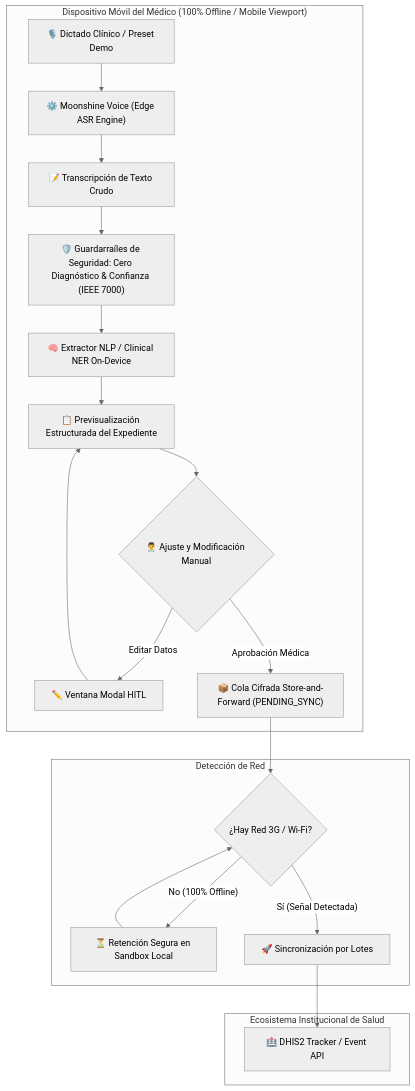
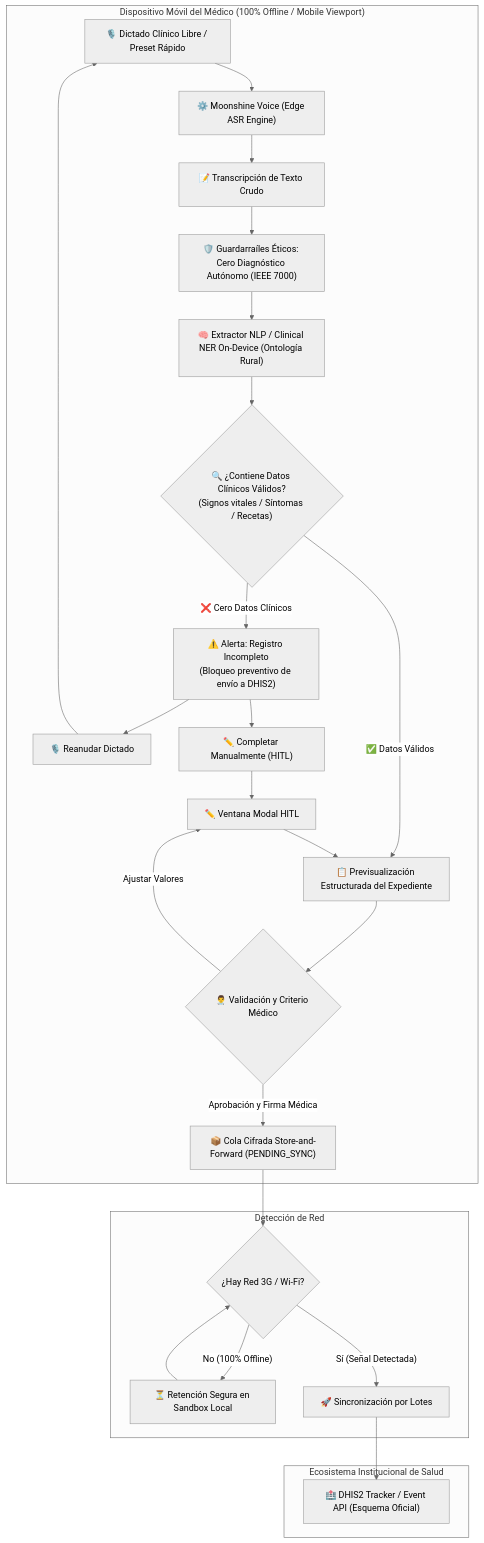
One commit to Angel777-alv/Pakimed-HackNation-s changed the diagram in docs/architecture_diagram.md. Above: the diagram before and after it, drawn with Mermaid (neutral theme). The commit also changed other lines of this file and 9 other files, not shown here.

Commit message:
feat(pipeline): decouple monolith into clean modules, add rural NER ontology, completeness guardrail, and update docs

````diff
--- a/docs/architecture_diagram.md
+++ b/docs/architecture_diagram.md
@@ -3,25 +3,34 @@
 ```mermaid
 flowchart TD
     subgraph MobileDevice ["Dispositivo Móvil del Médico (100% Offline / Mobile Viewport)"]
-        A["🎙️ Dictado Clínico / Preset Demo"] --> B["⚙️ Moonshine Voice (Edge ASR Engine)"]
+        A["🎙️ Dictado Clínico Libre / Preset Rápido"] --> B["⚙️ Moonshine Voice (Edge ASR Engine)"]
         B --> C["📝 Transcripción de Texto Crudo"]
-        C --> D["🛡️ Guardarraíles de Seguridad: Cero Diagnóstico & Confianza (IEEE 7000)"]
-        D --> E["🧠 Extractor NLP / Clinical NER On-Device"]
-        E --> F["📋 Previsualización Estructurada del Expediente"]
-        F --> G{"👨‍⚕️ Ajuste y Modificación Manual"}
-        G -- "Editar Datos" --> H["✏️ Ventana Modal HITL"]
+        C --> D["🛡️ Guardarraíles Éticos: Cero Diagnóstico Autónomo (IEEE 7000)"]
+        D --> E["🧠 Extractor NLP / Clinical NER On-Device (Ontología Rural)"]
+        
+        E --> V{"🔍 ¿Contiene Datos Clínicos Válidos?<br>(Signos vitales / Síntomas / Recetas)"}
+        
+        V -- "❌ Cero Datos Clínicos" --> W["⚠️ Alerta: Registro Incompleto<br>(Bloqueo preventivo de envío a DHIS2)"]
+        W --> W1["🎙️ Reanudar Dictado"]
+        W --> W2["✏️ Completar Manualmente (HITL)"]
+        W1 --> A
+        W2 --> H["✏️ Ventana Modal HITL"]
+        
+        V -- "✅ Datos Válidos" --> F["📋 Previsualización Estructurada del Expediente"]
+        F --> G{"👨‍⚕️ Validación y Criterio Médico"}
+        G -- "Ajustar Valores" --> H
         H --> F
-        G -- "Aprobación Médica" --> I["📦 Cola Cifrada Store-and-Forward (PENDING_SYNC)"]
+        G -- "Aprobación y Firma Médica" --> I["📦 Cola Cifrada Store-and-Forward (PENDING_SYNC)"]
     end
 
     subgraph ConnectivityLayer ["Detección de Red"]
         I --> J{"¿Hay Red 3G / Wi-Fi?"}
         J -- "No (100% Offline)" --> K["⏳ Retención Segura en Sandbox Local"]
         K --> J
         J -- "Sí (Señal Detectada)" --> L["🚀 Sincronización por Lotes"]
     end
 
     subgraph InstitutionalEcosystem ["Ecosistema Institucional de Salud"]
-        L --> M["🏥 DHIS2 Tracker / Event API"]
+        L --> M["🏥 DHIS2 Tracker / Event API (Esquema Oficial)"]
     end
 ```
````
